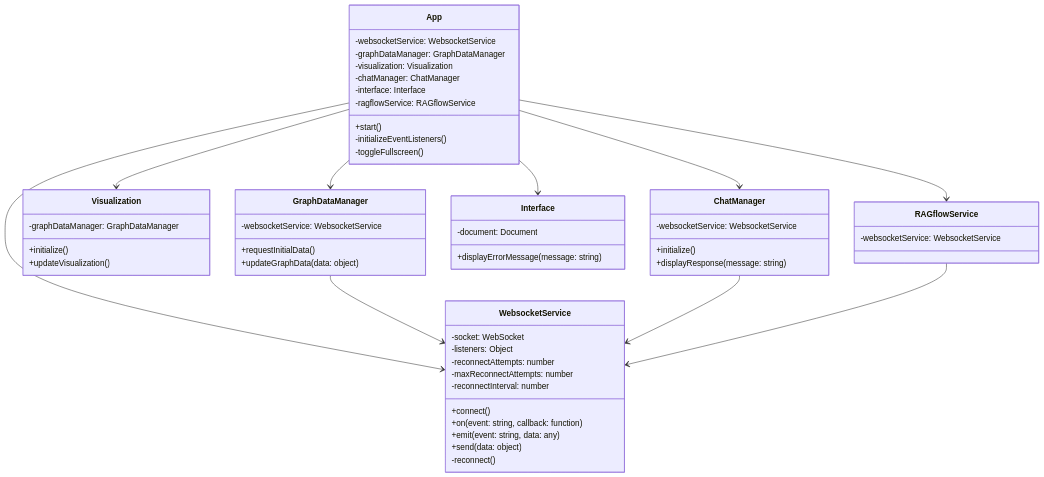
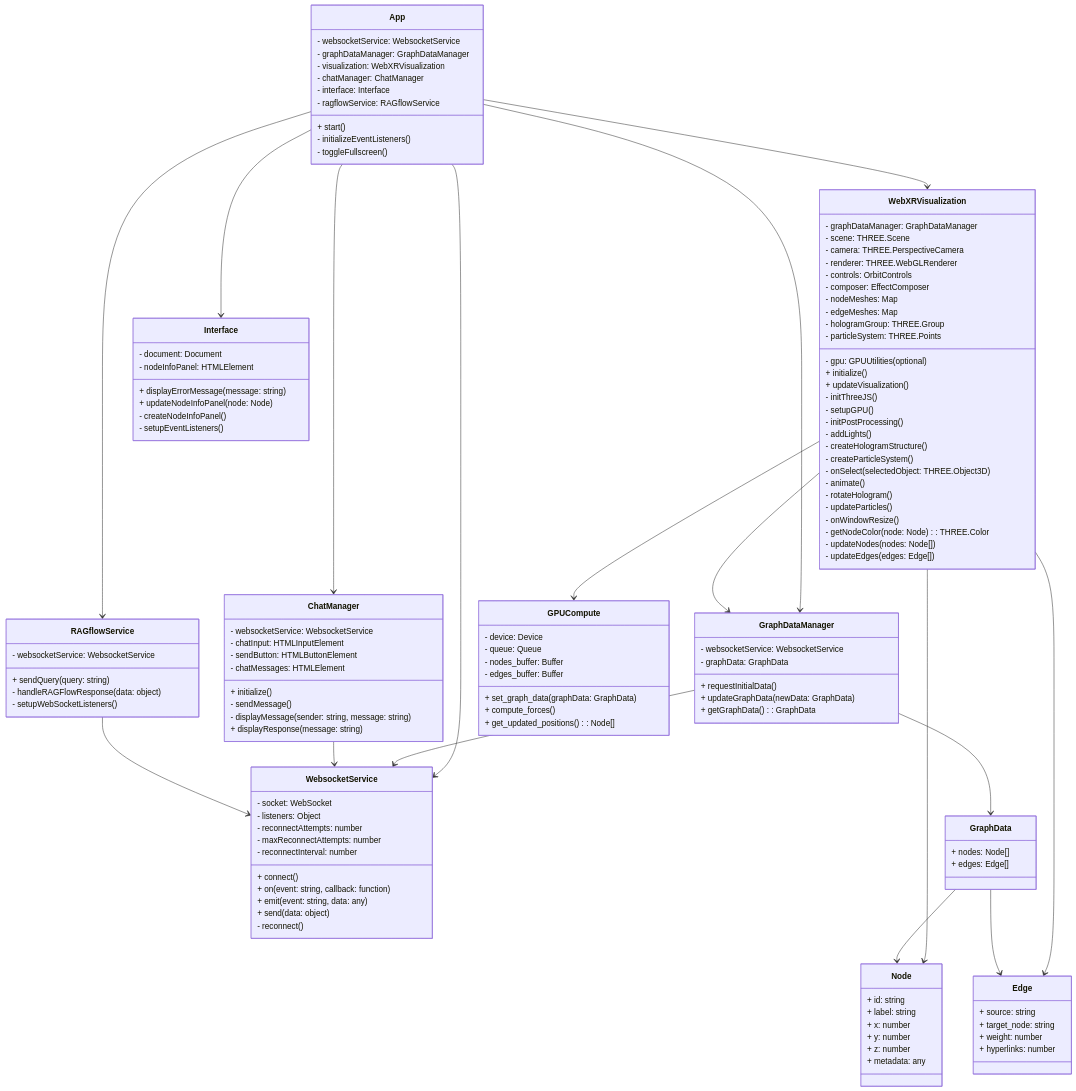
One commit to MITIH-Dreamlab/JingSpringThing changed the first of 2 diagrams in README.md. Above: the diagram before and after it, drawn with Mermaid. The commit also changed other lines of this file and 9 other files, not shown here.

````diff
--- a/README.md
+++ b/README.md
@@ -55,64 +31,140 @@
 ```mermaid
 classDiagram
     class App {
-        -websocketService: WebsocketService
-        -graphDataManager: GraphDataManager
-        -visualization: Visualization
-        -chatManager: ChatManager
-        -interface: Interface
-        -ragflowService: RAGflowService
-        +start()
-        -initializeEventListeners()
-        -toggleFullscreen()
+        - websocketService: WebsocketService
+        - graphDataManager: GraphDataManager
+        - visualization: WebXRVisualization
+        - chatManager: ChatManager
+        - interface: Interface
+        - ragflowService: RAGflowService
+        + start()
+        - initializeEventListeners()
+        - toggleFullscreen()
     }
 
     class WebsocketService {
-        -socket: WebSocket
-        -listeners: Object
-        -reconnectAttempts: number
-        -maxReconnectAttempts: number
-        -reconnectInterval: number
-        +connect()
-        +on(event: string, callback: function)
-        +emit(event: string, data: any)
-        +send(data: object)
-        -reconnect()
+        - socket: WebSocket
+        - listeners: Object
+        - reconnectAttempts: number
+        - maxReconnectAttempts: number
+        - reconnectInterval: number
+        + connect()
+        + on(event: string, callback: function)
+        + emit(event: string, data: any)
+        + send(data: object)
+        - reconnect()
     }
 
     class GraphDataManager {
-        -websocketService: WebsocketService
-        +requestInitialData()
-        +updateGraphData(data: object)
+        - websocketService: WebsocketService
+        - graphData: GraphData
+        + requestInitialData()
+        + updateGraphData(newData: GraphData)
+        + getGraphData(): GraphData
     }
 
-    class Visualization {
-        -graphDataManager: GraphDataManager
-        +initialize()
-        +updateVisualization()
+    class WebXRVisualization {
+        - graphDataManager: GraphDataManager
+        - scene: THREE.Scene
+        - camera: THREE.PerspectiveCamera
+        - renderer: THREE.WebGLRenderer
+        - controls: OrbitControls
+        - composer: EffectComposer
+        - gpu: GPUUtilities (optional)
+        - nodeMeshes: Map<string, THREE.Mesh>
+        - edgeMeshes: Map<string, THREE.Line>
+        - hologramGroup: THREE.Group
+        - particleSystem: THREE.Points
+        + initialize()
+        + updateVisualization()
+        - initThreeJS()
+        - setupGPU()
+        - initPostProcessing()
+        - addLights()
+        - createHologramStructure()
+        - createParticleSystem()
+        - onSelect(selectedObject: THREE.Object3D)
+        - animate()
+        - rotateHologram()
+        - updateParticles()
+        - onWindowResize()
+        - getNodeColor(node: Node): THREE.Color
+        - updateNodes(nodes: Node[])
+        - updateEdges(edges: Edge[])
     }
 
     class ChatManager {
-        -websocketService: WebsocketService
-        +initialize()
-        +displayResponse(message: string)
+        - websocketService: WebsocketService
+        - chatInput: HTMLInputElement
+        - sendButton: HTMLButtonElement
+        - chatMessages: HTMLElement
+        + initialize()
+        - sendMessage()
+        - displayMessage(sender: string, message: string)
+        + displayResponse(message: string)
     }
 
     class Interface {
-        -document: Document
-        +displayErrorMessage(message: string)
+        - document: Document
+        - nodeInfoPanel: HTMLElement
+        + displayErrorMessage(message: string)
+        + updateNodeInfoPanel(node: Node)
+        - createNodeInfoPanel()
+        - setupEventListeners()
     }
 
     class RAGflowService {
-        -websocketService: WebsocketService
+        - websocketService: WebsocketService
+        + sendQuery(query: string)
+        - handleRAGFlowResponse(data: object)
+        - setupWebSocketListeners()
     }
 
+    class GraphData {
+        + nodes: Node[]
+        + edges: Edge[]
+    }
+
+    class Node {
+        + id: string
+        + label: string
+        + x: number
+        + y: number
+        + z: number
+        + metadata: any
+    }
+
+    class Edge {
+        + source: string
+        + target_node: string
+        + weight: number
+        + hyperlinks: number
+    }
+
+    class GPUCompute {
+        - device: Device
+        - queue: Queue
+        - nodes_buffer: Buffer
+        - edges_buffer: Buffer
+        + set_graph_data(graphData: GraphData)
+        + compute_forces()
+        + get_updated_positions(): Node[]
+    }
+    
     App --> WebsocketService
     App --> GraphDataManager
-    App --> Visualization
+    App --> WebXRVisualization
     App --> ChatManager
     App --> Interface
     App --> RAGflowService
     GraphDataManager --> WebsocketService
+    GraphDataManager --> GraphData
+    WebXRVisualization --> GraphDataManager
+    WebXRVisualization --> Node
+    WebXRVisualization --> Edge
+    WebXRVisualization --> GPUCompute
     ChatManager --> WebsocketService
     RAGflowService --> WebsocketService
+    GraphData --> Node
+    GraphData --> Edge
 ```
````
